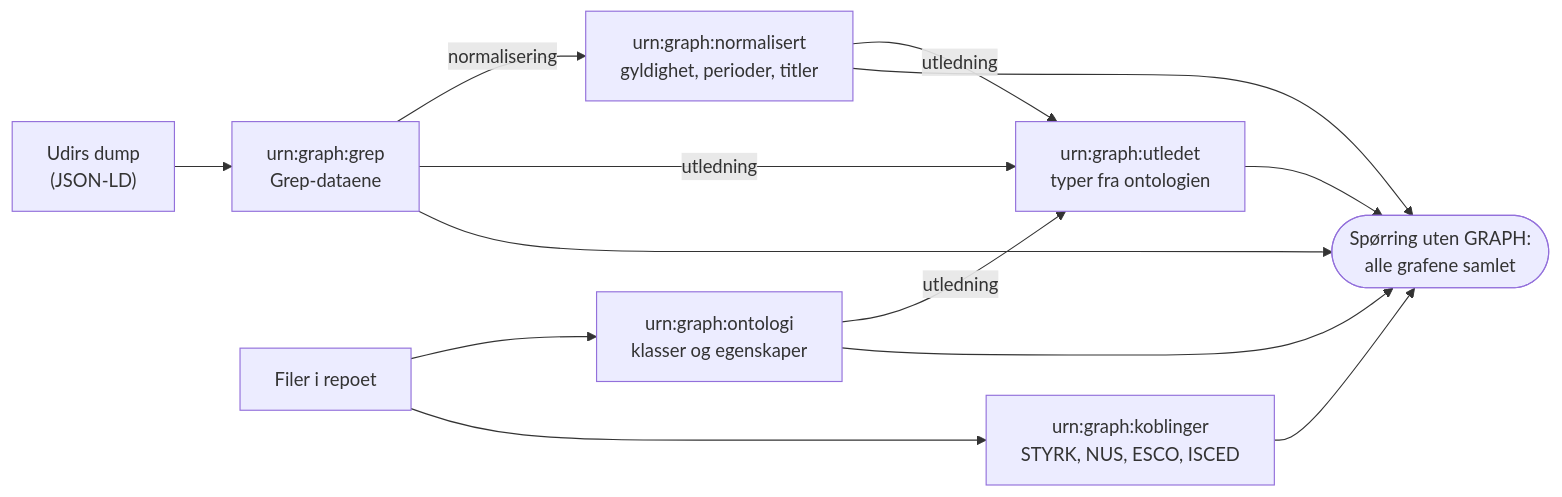
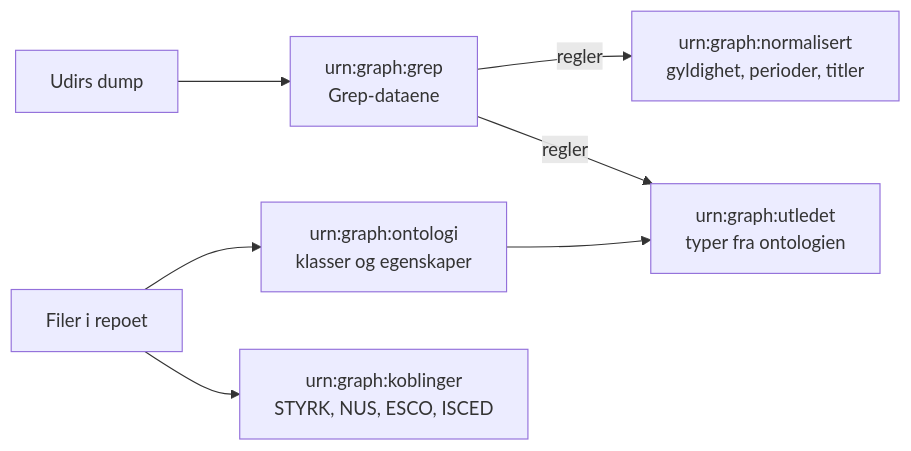
Before and after one commit to aremjolsnes/grep-jena-fuseki: the second of 3 diagrams in docs/bruk.md, drawn with Mermaid.

Commit message:
bruk.md: enklere diagram over grafene

````diff
--- a/docs/bruk.md
+++ b/docs/bruk.md
@@ -101,11 +101,9 @@
 ```mermaid
 flowchart LR
-  dump["Udirs dump<br/>(JSON-LD)"] --> grep["urn:graph:grep<br/>Grep-dataene"]
+  dump["Udirs dump"] --> grep["urn:graph:grep<br/>Grep-dataene"]
+  grep -- "regler" --> norm["urn:graph:normalisert<br/>gyldighet, perioder, titler"]
+  grep -- "regler" --> utl["urn:graph:utledet<br/>typer fra ontologien"]
   repo["Filer i repoet"] --> onto["urn:graph:ontologi<br/>klasser og egenskaper"]
+  onto --> utl
   repo --> kobl["urn:graph:koblinger<br/>STYRK, NUS, ESCO, ISCED"]
-  grep -- "normalisering" --> norm["urn:graph:normalisert<br/>gyldighet, perioder, titler"]
-  grep -- "utledning" --> utl["urn:graph:utledet<br/>typer fra ontologien"]
-  onto -- "utledning" --> utl
-  norm -- "utledning" --> utl
-  grep & onto & norm & utl & kobl --> union(["Spørring uten GRAPH:<br/>alle grafene samlet"])
 ```
````
